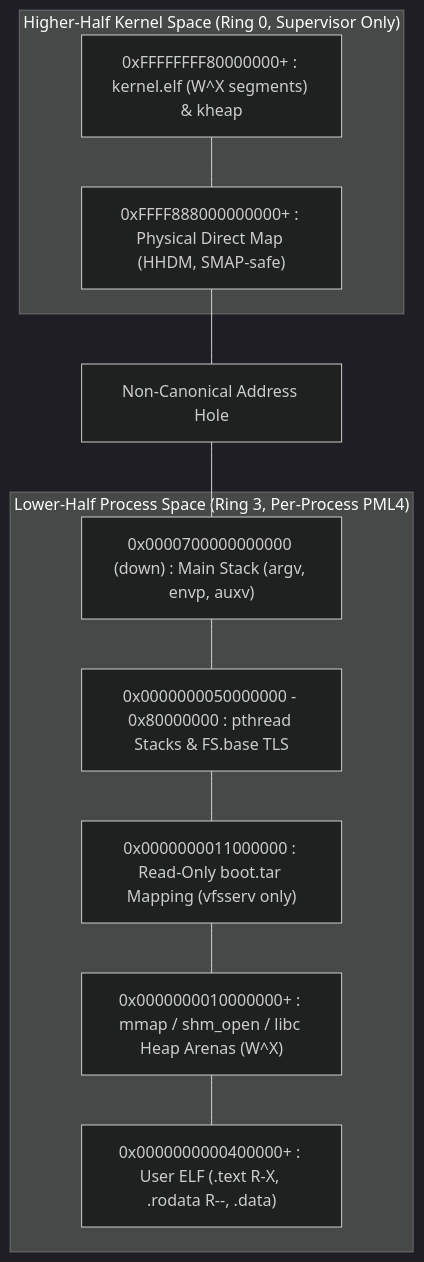
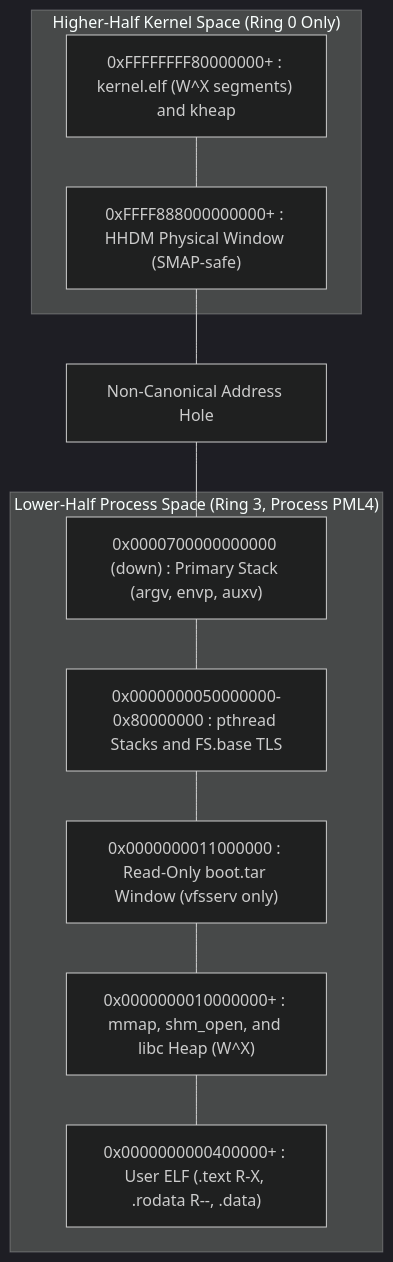
One commit to Deniz-Eren/microkernel changed the first of 2 diagrams in docs/30-architecture/mem.md. Above: the diagram before and after it, drawn with Mermaid (dark theme). The commit also changed other lines of this file and 151 other files, not shown here.

````diff
--- a/docs/30-architecture/mem.md
+++ b/docs/30-architecture/mem.md
@@ -23,19 +22,19 @@
 ```mermaid
 flowchart TD
-    subgraph KERNEL["Higher-Half Kernel Space (Ring 0, Supervisor Only)"]
-        KELF["0xFFFFFFFF80000000+ : kernel.elf (W^X segments) & kheap"]
-        HHDM["0xFFFF888000000000+ : Physical Direct Map (HHDM, SMAP-safe)"]
+    subgraph KERNEL["Higher-Half Kernel Space (Ring 0 Only)"]
+        KELF["0xFFFFFFFF80000000+ : kernel.elf (W^X segments) and kheap"]
+        HHDM["0xFFFF888000000000+ : HHDM Physical Window (SMAP-safe)"]
     end
 
     GAP["Non-Canonical Address Hole"]
 
-    subgraph USER["Lower-Half Process Space (Ring 3, Per-Process PML4)"]
-        MSTACK["0x0000700000000000 (down) : Main Stack (argv, envp, auxv)"]
-        TSTACK["0x0000000050000000 - 0x80000000 : pthread Stacks & FS.base TLS"]
-        BOOTFS["0x0000000011000000 : Read-Only boot.tar Mapping (vfsserv only)"]
-        MMAP["0x0000000010000000+ : mmap / shm_open / libc Heap Arenas (W^X)"]
+    subgraph USER["Lower-Half Process Space (Ring 3, Process PML4)"]
+        MSTACK["0x0000700000000000 (down) : Primary Stack (argv, envp, auxv)"]
+        TSTACK["0x0000000050000000-0x80000000 : pthread Stacks and FS.base TLS"]
+        BOOTFS["0x0000000011000000 : Read-Only boot.tar Window (vfsserv only)"]
+        MMAP["0x0000000010000000+ : mmap, shm_open, and libc Heap (W^X)"]
         UELF["0x0000000000400000+ : User ELF (.text R-X, .rodata R--, .data)"]
     end
 
     KELF --- HHDM --- GAP --- MSTACK --- TSTACK --- BOOTFS --- MMAP --- UELF
 ```
````
